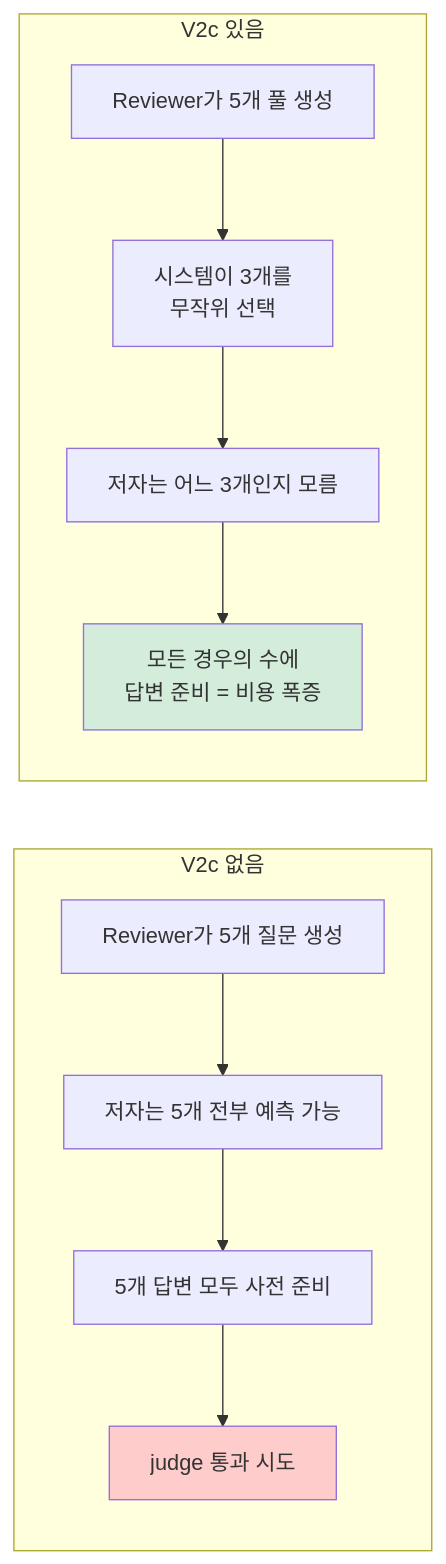
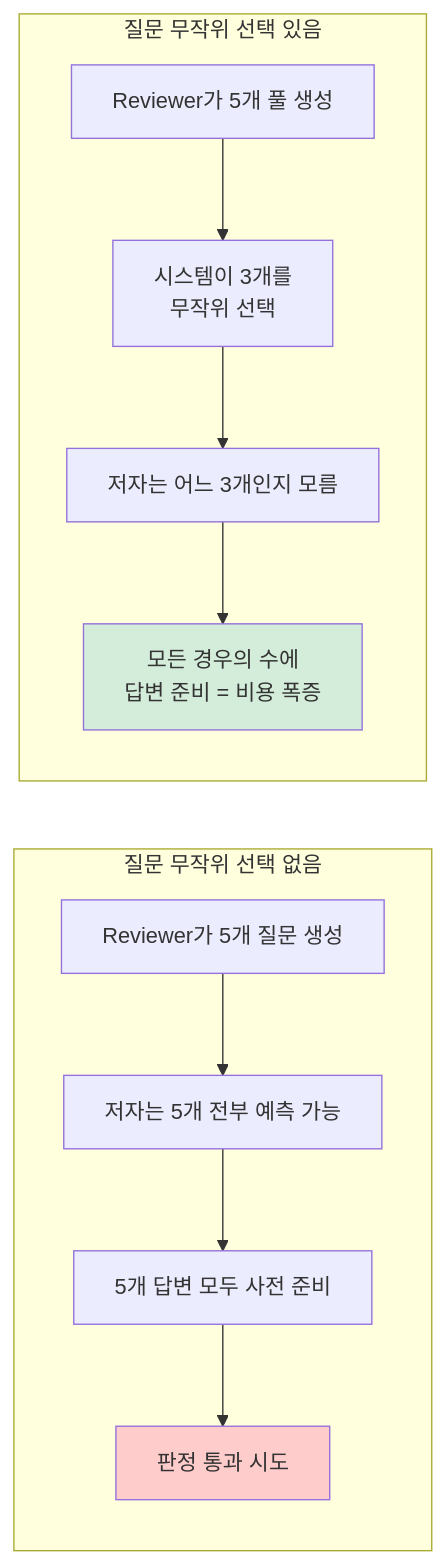
The sixth of 12 diagrams in docs/09-검증-레이어-동작원리.md (Jimmy-Jung/ai-symbiote), drawn with Mermaid before and after one commit. The commit also changed other lines of this file, not shown here.

````diff
--- a/docs/09-검증-레이어-동작원리.md
+++ b/docs/09-검증-레이어-동작원리.md
@@ -191,17 +214,17 @@
 ```mermaid
 flowchart LR
-    subgraph NoV2c["V2c 없음"]
+    subgraph NoV2c["질문 무작위 선택 없음"]
         A1["Reviewer가 5개 질문 생성"] --> A2["저자는 5개 전부 예측 가능"]
         A2 --> A3["5개 답변 모두 사전 준비"]
-        A3 --> A4["judge 통과 시도"]
+        A3 --> A4["판정 통과 시도"]
     end
 
-    subgraph WithV2c["V2c 있음"]
+    subgraph WithV2c["질문 무작위 선택 있음"]
         B1["Reviewer가 5개 풀 생성"] --> B2["시스템이 3개를<br/>무작위 선택"]
         B2 --> B3["저자는 어느 3개인지 모름"]
         B3 --> B4["모든 경우의 수에<br/>답변 준비 = 비용 폭증"]
     end
 
     style A4 fill:#ffcccc
     style B4 fill:#d4edda
 ```
````
